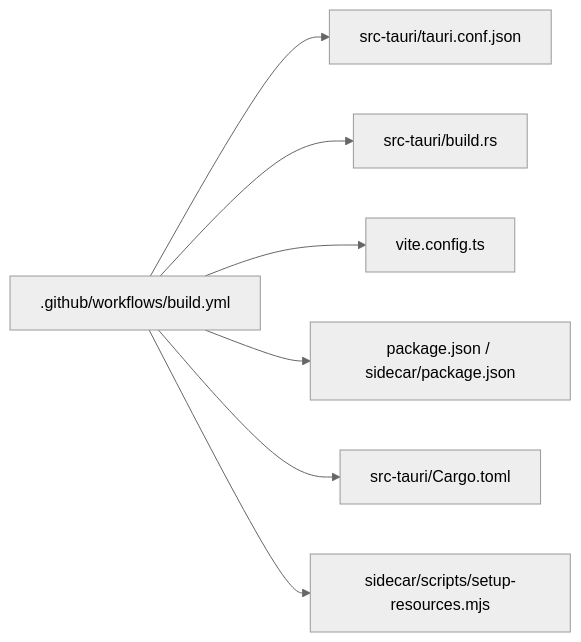
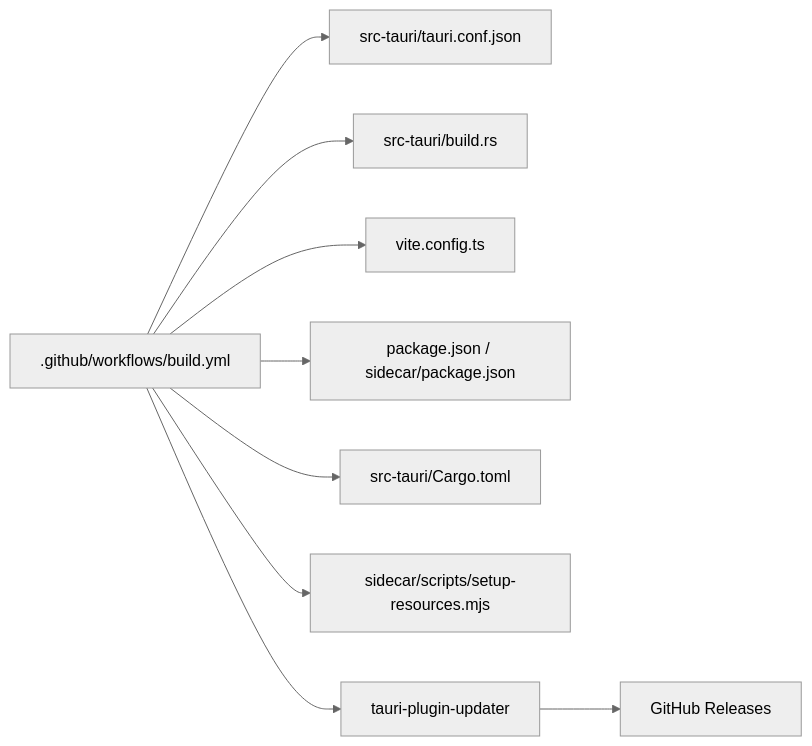
Before and after one commit to RabbitAI-Lab/RabbitCoding: the sixth of 6 diagrams in .qoder/repowiki/zh/content/部署和发布/CI_CD 集成.md, drawn with Mermaid (neutral theme). The commit also changed other lines of this file and 32 other files, not shown here.

````diff
--- a/.qoder/repowiki/zh/content/部署和发布/CI_CD 集成.md
+++ b/.qoder/repowiki/zh/content/部署和发布/CI_CD 集成.md
@@ -262,9 +331,11 @@
 ```mermaid
 graph LR
 WF[".github/workflows/build.yml"] --> TCONF["src-tauri/tauri.conf.json"]
 WF --> BUILDRS["src-tauri/build.rs"]
 WF --> VCFG["vite.config.ts"]
 WF --> PNPM["package.json / sidecar/package.json"]
 WF --> RS["src-tauri/Cargo.toml"]
 WF --> RES["sidecar/scripts/setup-resources.mjs"]
+WF --> UPD["tauri-plugin-updater"]
+UPD --> REL["GitHub Releases"]
 ```
````
